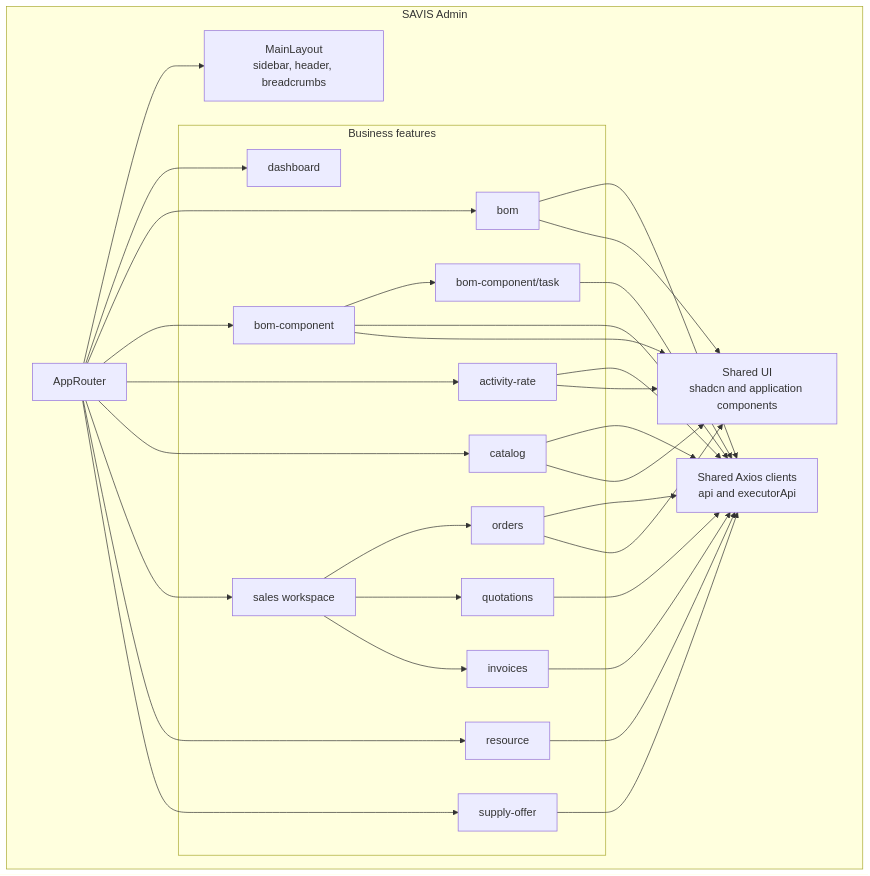
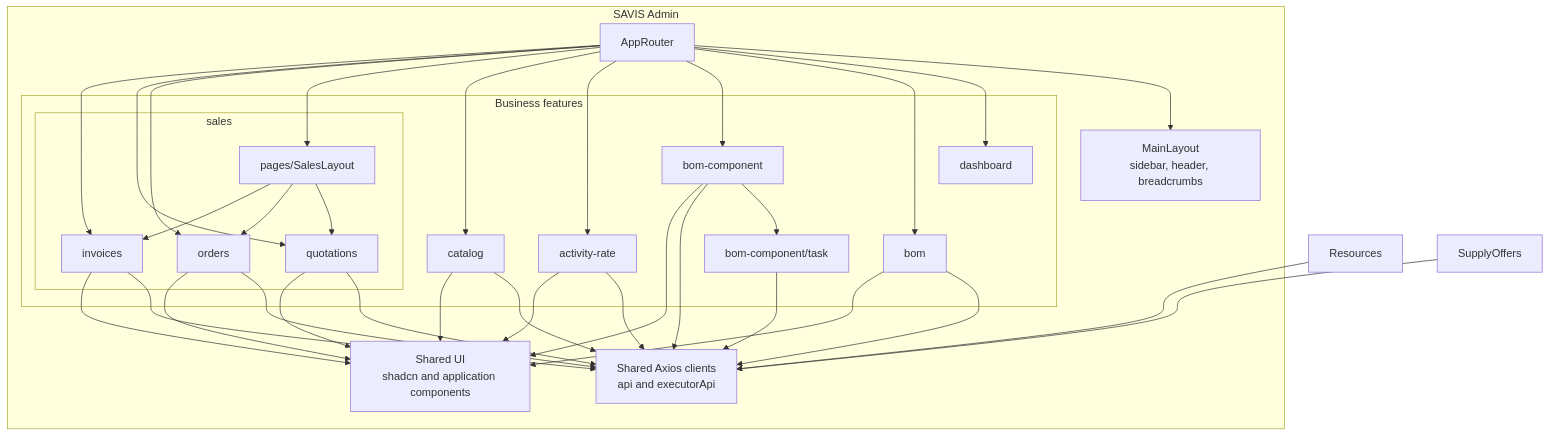
Before and after one commit to wiljeanlouis/savis: the sixth of 21 diagrams in docs/ARCHITECTURE.md, drawn with Mermaid. The commit also changed other lines of this file and 465 other files, not shown here.

````diff
--- a/docs/ARCHITECTURE.md
+++ b/docs/ARCHITECTURE.md
@@ -491,55 +526,59 @@
 ```mermaid
 flowchart TB
   subgraph Admin["SAVIS Admin"]
     Router["AppRouter"]
     Layout["MainLayout<br/>sidebar, header, breadcrumbs"]
     ApiClients["Shared Axios clients<br/>api and executorApi"]
     SharedUi["Shared UI<br/>shadcn and application components"]
 
     subgraph Features["Business features"]
       Dashboard["dashboard"]
       Bom["bom"]
       Components["bom-component"]
       Tasks["bom-component/task"]
       Rates["activity-rate"]
       Catalog["catalog"]
-      Orders["orders"]
-      Resources["resource"]
-      SupplyOffers["supply-offer"]
-      Sales["sales workspace"]
-      Quotations["quotations"]
-      Invoices["invoices"]
+     
+      subgraph SalesFeatures["sales"]
+        SalesLayout["pages/SalesLayout"]
+        Quotations["quotations"]
+        Orders["orders"]
+        Invoices["invoices"]
+      end
     end
   end
 
   Router --> Layout
   Router --> Dashboard
   Router --> Bom
   Router --> Components
   Components --> Tasks
   Router --> Rates
   Router --> Catalog
-  Router --> Sales
-  Sales --> Orders
-  Sales --> Quotations
-  Sales --> Invoices
-  Router --> Resources
-  Router --> SupplyOffers
+  Router --> SalesLayout
+  SalesLayout --> Quotations
+  SalesLayout --> Orders
+  SalesLayout --> Invoices
+  Router --> Orders
+  Router --> Quotations
+  Router --> Invoices
 
   Bom --> ApiClients
   Components --> ApiClients
   Tasks --> ApiClients
   Rates --> ApiClients
   Catalog --> ApiClients
   Orders --> ApiClients
   Resources --> ApiClients
   SupplyOffers --> ApiClients
   Quotations --> ApiClients
   Invoices --> ApiClients
 
   Bom --> SharedUi
   Components --> SharedUi
   Rates --> SharedUi
   Catalog --> SharedUi
   Orders --> SharedUi
+  Quotations --> SharedUi
+  Invoices --> SharedUi
 ```
````
